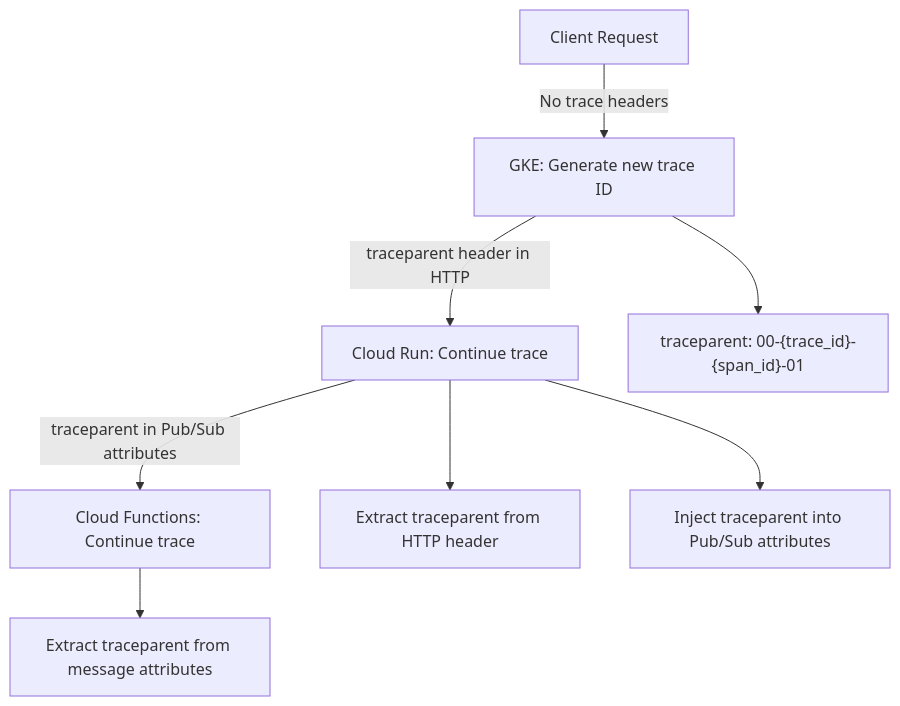
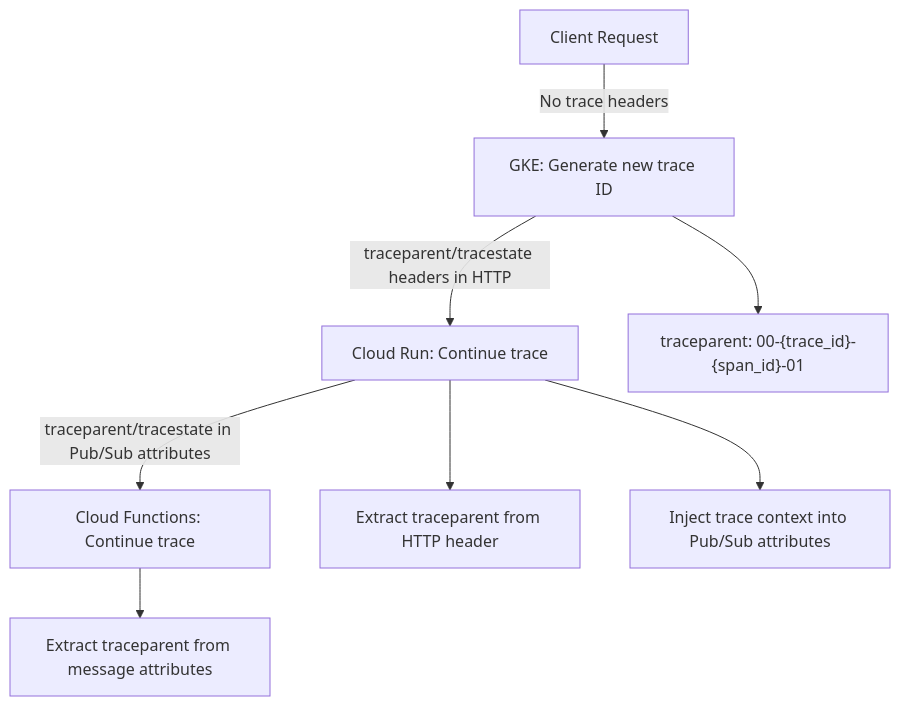
The second of 2 diagrams in posts/2026-02-17-how-to-implement-end-to-end-distributed-tracing-across-gke-cloud-run-and-cloud-functions-on-gcp/README.md (OneUptime/blog), drawn with Mermaid before and after one commit. The commit also changed other lines of this file and 2 other files, not shown here.

Commit message:
validate: 2026-02-17-how-to-implement-end-to-end-distributed-tracing-across-gke-cloud-run-and-cloud-functions-on-gcp

````diff
--- a/posts/2026-02-17-how-to-implement-end-to-end-distributed-tracing-across-gke-cloud-run-and-cloud-functions-on-gcp/README.md
+++ b/posts/2026-02-17-how-to-implement-end-to-end-distributed-tracing-across-gke-cloud-run-and-cloud-functions-on-gcp/README.md
@@ -287,11 +291,11 @@
 ```mermaid
 graph TD
     A[Client Request] -->|No trace headers| B[GKE: Generate new trace ID]
-    B -->|traceparent header in HTTP| C[Cloud Run: Continue trace]
-    C -->|traceparent in Pub/Sub attributes| D[Cloud Functions: Continue trace]
+    B -->|traceparent/tracestate headers in HTTP| C[Cloud Run: Continue trace]
+    C -->|traceparent/tracestate in Pub/Sub attributes| D[Cloud Functions: Continue trace]
 
     B --> B1["traceparent: 00-{trace_id}-{span_id}-01"]
     C --> C1["Extract traceparent from HTTP header"]
-    C --> C2["Inject traceparent into Pub/Sub attributes"]
+    C --> C2["Inject trace context into Pub/Sub attributes"]
     D --> D1["Extract traceparent from message attributes"]
 ```
````
